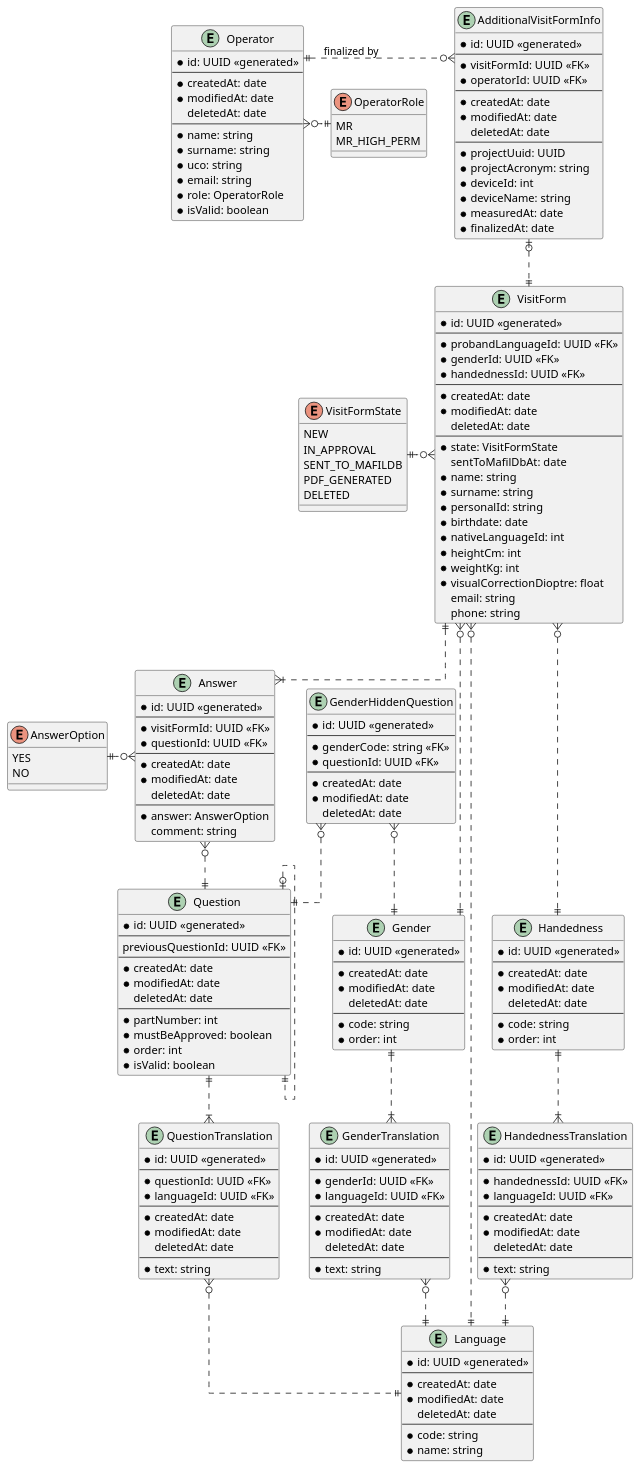
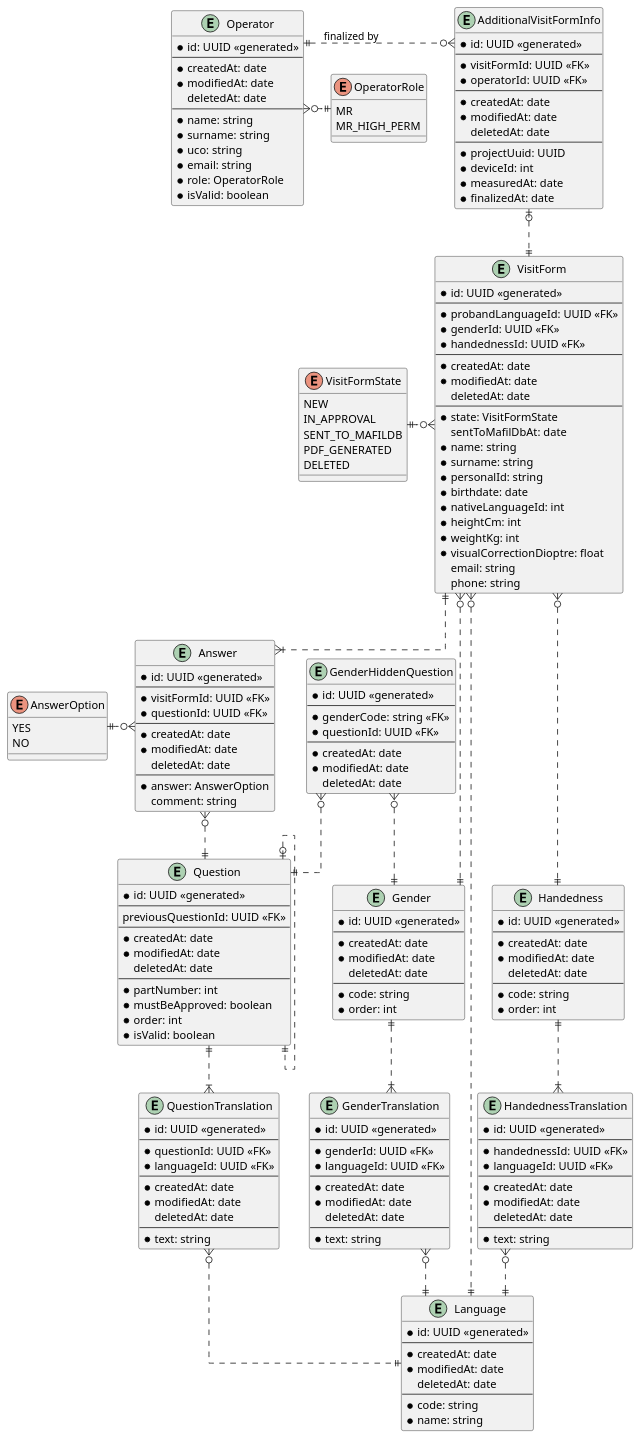
One commit to lukas-kratochvil/mafil-proband-safety-questionnaire changed the diagram in docs/ERD.puml. Above: the diagram before and after it, drawn with PlantUML. The commit also changed 17 other files, not shown here.

Commit message:
feat: removed project acronym and device name from the additionalVisitFormInfo in the database model

```diff
--- a/docs/ERD.puml
+++ b/docs/ERD.puml
@@ -67,9 +67,7 @@
   deletedAt: date
   ---
   * projectUuid: UUID
-  * projectAcronym: string
   * deviceId: int
-  * deviceName: string
   * measuredAt: date
   * finalizedAt: date
 }
```
